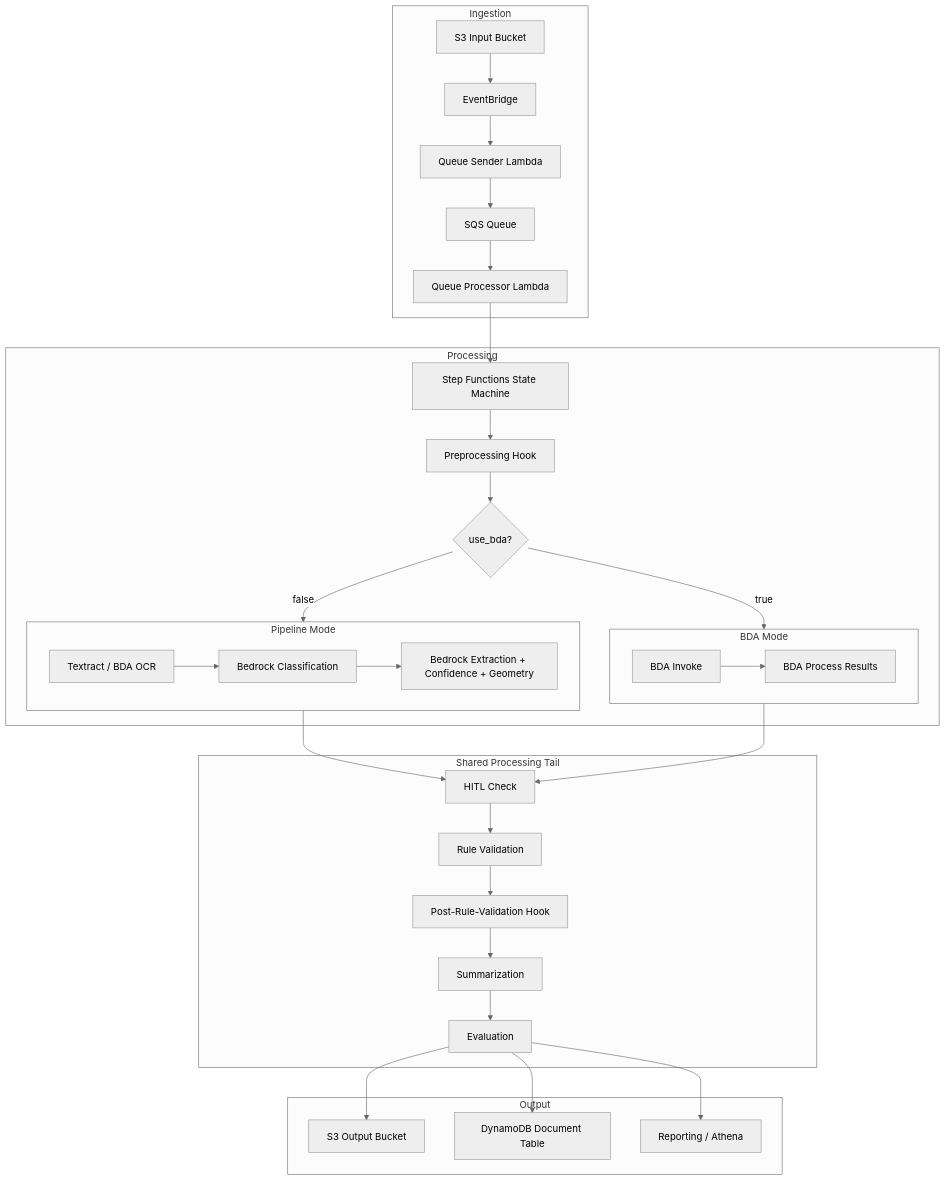
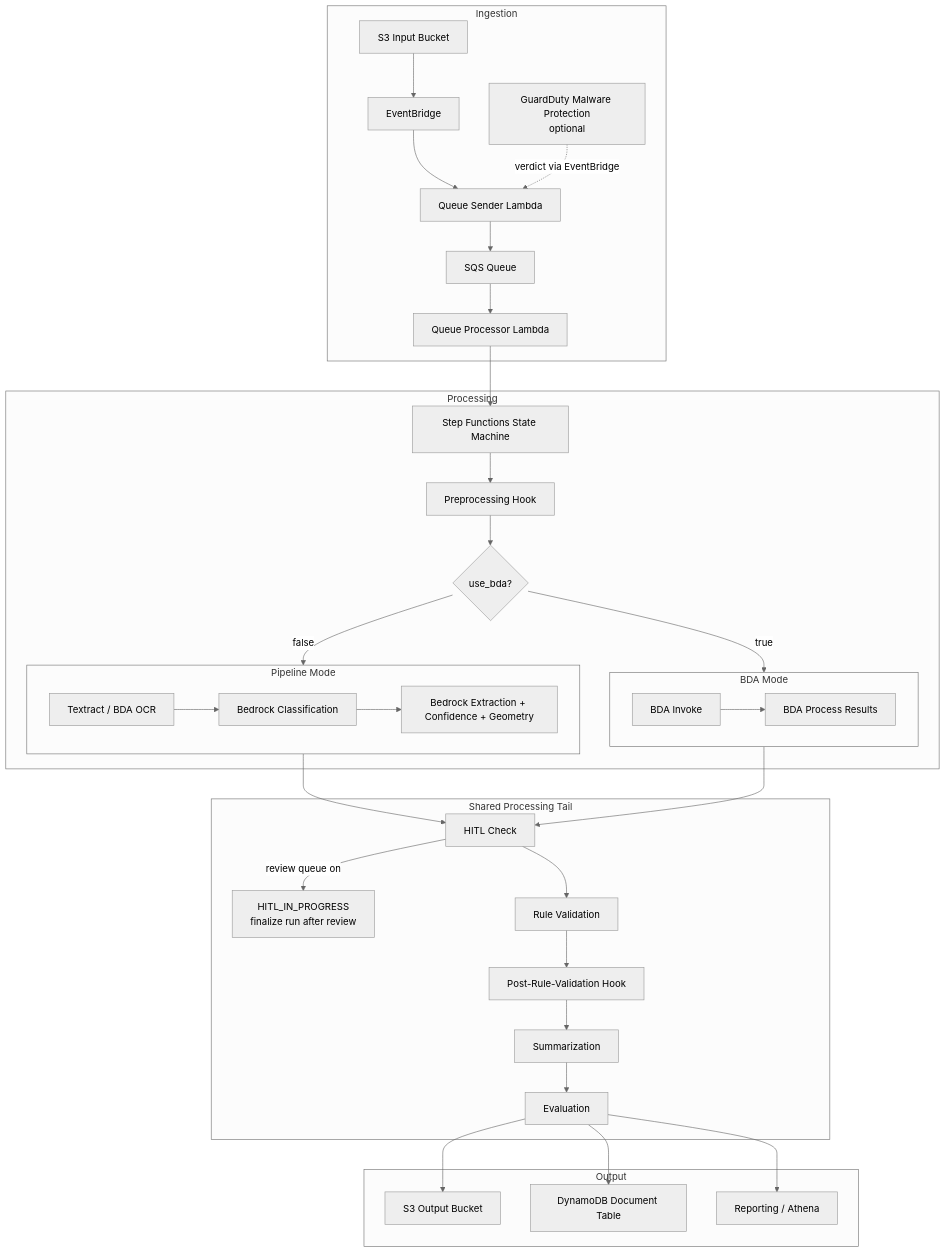
One commit to aws-solutions-library-samples/accelerated-intelligent-document-processing-on-aws changed the first of 2 diagrams in security/threat-modeling/architecture/system-overview.md. Above: the diagram before and after it, drawn with Mermaid (neutral theme). The commit also changed other lines of this file and 17 other files, not shown here.

````diff
--- a/security/threat-modeling/architecture/system-overview.md
+++ b/security/threat-modeling/architecture/system-overview.md
@@ -47,42 +48,44 @@
 ```mermaid
 flowchart TD
     subgraph Ingestion
         S3Input[S3 Input Bucket] --> EB[EventBridge]
         EB --> QS[Queue Sender Lambda]
+        GD[GuardDuty Malware Protection<br/>optional] -.->|verdict via EventBridge| QS
         QS --> SQS[SQS Queue]
         SQS --> QP[Queue Processor Lambda]
     end
 
     subgraph Processing
         QP --> SF[Step Functions State Machine]
         SF --> Pre[Preprocessing Hook]
         Pre --> Decision{use_bda?}
 
         Decision -->|false| Pipeline[Pipeline Mode]
         Decision -->|true| BDA[BDA Mode]
 
         subgraph Pipeline[Pipeline Mode]
             OCR[Textract / BDA OCR] --> Classification[Bedrock Classification]
             Classification --> Extraction[Bedrock Extraction + Confidence + Geometry]
         end
 
         subgraph BDA[BDA Mode]
             BDAInvoke[BDA Invoke] --> BDAProcess[BDA Process Results]
         end
     end
 
     subgraph SharedTail[Shared Processing Tail]
         Pipeline --> HITL[HITL Check]
         BDA --> HITL
+        HITL -->|review queue on| Hold[HITL_IN_PROGRESS<br/>finalize run after review]
         HITL --> RuleVal[Rule Validation]
         RuleVal --> PostHook[Post-Rule-Validation Hook]
         PostHook --> Summary[Summarization]
         Summary --> Eval[Evaluation]
     end
 
     subgraph Output
         Eval --> S3Output[S3 Output Bucket]
         Eval --> DDB[DynamoDB Document Table]
         Eval --> Reporting[Reporting / Athena]
     end
 ```
````
